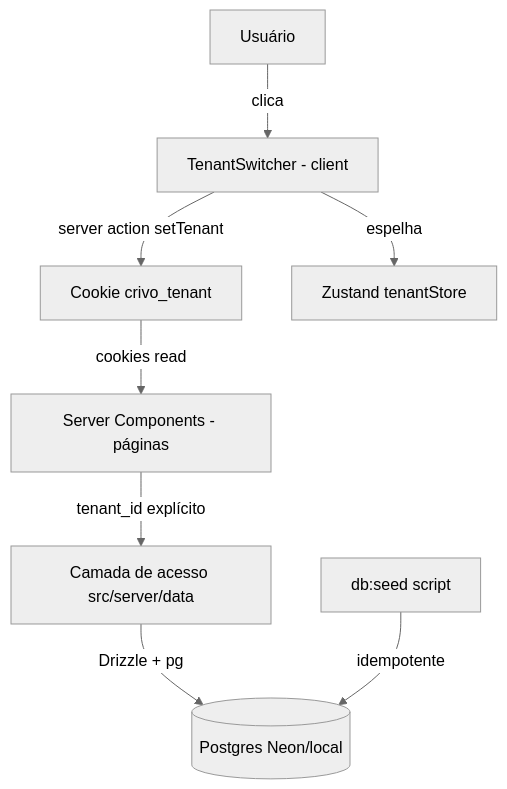
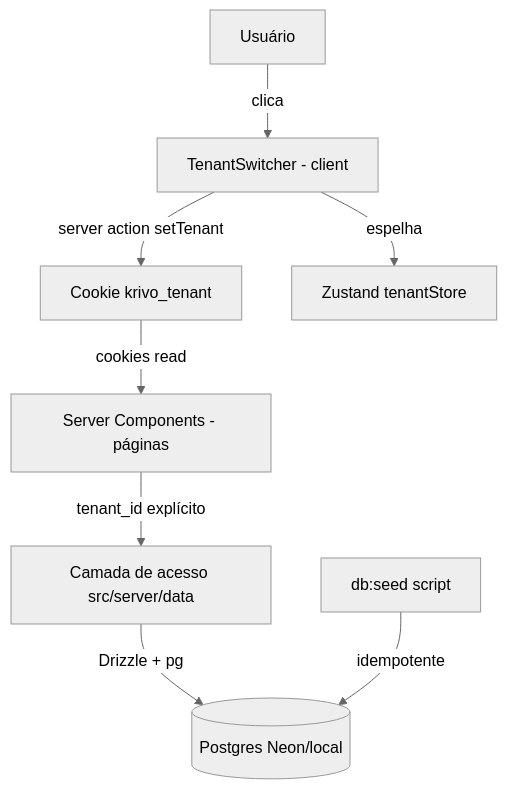
Before and after one commit to Arthur1050/crivo: the diagram in .specs/features/fase-1-fundacao/design.md, drawn with Mermaid (neutral theme). The commit also changed other lines of this file and 207 other files, not shown here.

````diff
--- a/.specs/features/fase-1-fundacao/design.md
+++ b/.specs/features/fase-1-fundacao/design.md
@@ -14,10 +14,10 @@
 ```mermaid
 graph TD
     U[Usuário] -->|clica| TS[TenantSwitcher - client]
-    TS -->|server action setTenant| CK[Cookie crivo_tenant]
+    TS -->|server action setTenant| CK[Cookie krivo_tenant]
     TS -->|espelha| ZS[Zustand tenantStore]
     CK -->|cookies read| RSC[Server Components - páginas]
     RSC -->|"tenant_id explícito"| DAL[Camada de acesso src/server/data]
     DAL -->|Drizzle + pg| DB[(Postgres Neon/local)]
     SEED[db:seed script] -->|idempotente| DB
 ```
````
